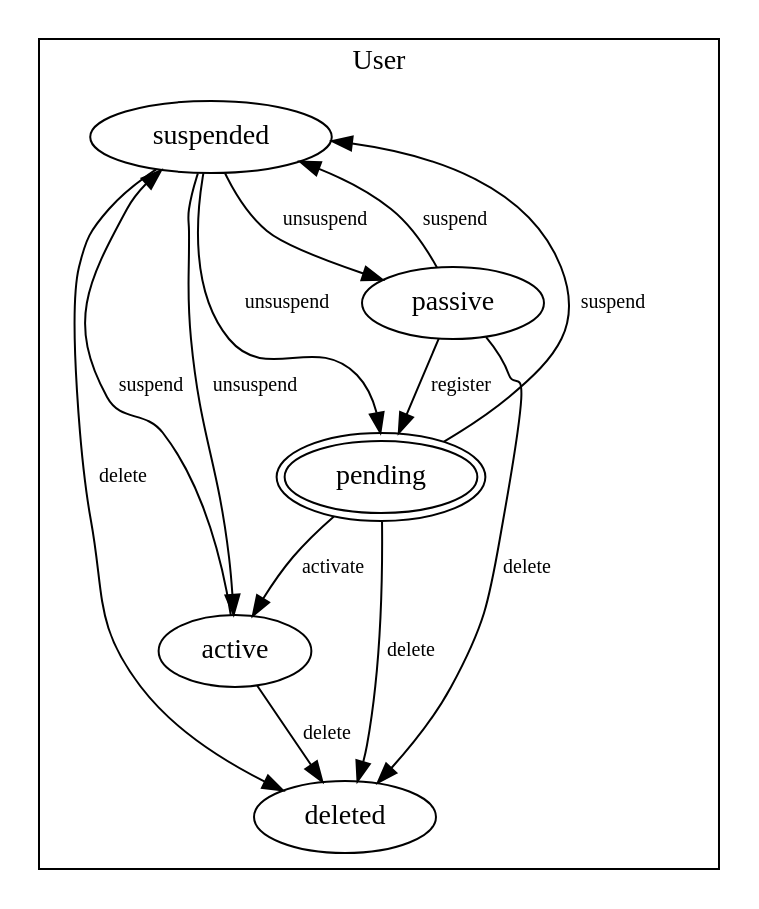
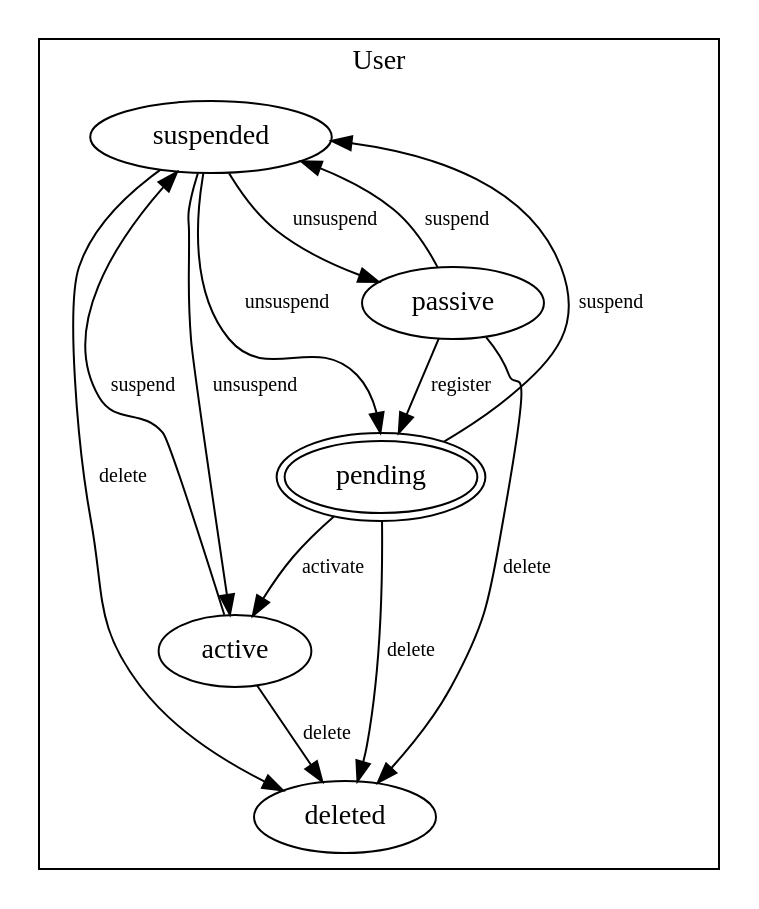
Before and after one commit to AnthonyDiGirolamo/dms: the diagram in doc/state.dot, drawn with Graphviz. The commit also changed 16 other files, not shown here.

```diff
--- a/doc/state.dot
+++ b/doc/state.dot
@@ -1,21 +1,21 @@
 digraph models_diagram {
 	graph[overlap=false, splines=true]
 subgraph cluster_user {
 	label = "User"
 	user_suspended [label=suspended ];
   user_deleted [label=deleted ];
   user_active [label=active ];
   user_pending [label=pending , peripheries = 2];
-  user_passive [label=passive ];}	"user_passive" -> "user_pending" [label="register", fontsize=10]
+  user_passive [label=passive ];}	"user_suspended" -> "user_active" [label="unsuspend", fontsize=10]
+	"user_suspended" -> "user_pending" [label="unsuspend", fontsize=10]
+	"user_suspended" -> "user_passive" [label="unsuspend", fontsize=10]
+	"user_passive" -> "user_pending" [label="register", fontsize=10]
 	"user_pending" -> "user_active" [label="activate", fontsize=10]
 	"user_passive" -> "user_deleted" [label="delete", fontsize=10]
 	"user_pending" -> "user_deleted" [label="delete", fontsize=10]
 	"user_active" -> "user_deleted" [label="delete", fontsize=10]
 	"user_suspended" -> "user_deleted" [label="delete", fontsize=10]
 	"user_passive" -> "user_suspended" [label="suspend", fontsize=10]
 	"user_pending" -> "user_suspended" [label="suspend", fontsize=10]
 	"user_active" -> "user_suspended" [label="suspend", fontsize=10]
-	"user_suspended" -> "user_active" [label="unsuspend", fontsize=10]
-	"user_suspended" -> "user_pending" [label="unsuspend", fontsize=10]
-	"user_suspended" -> "user_passive" [label="unsuspend", fontsize=10]
 }
```
